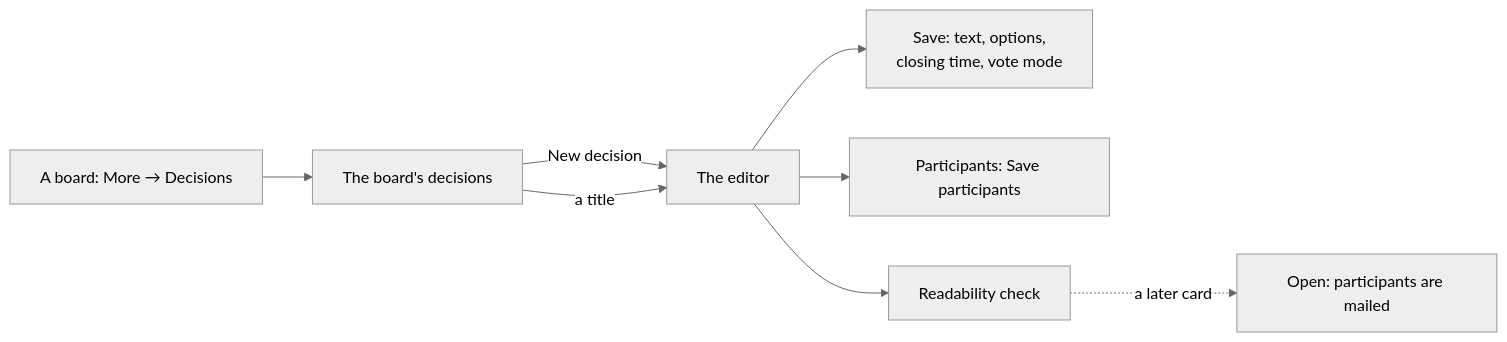
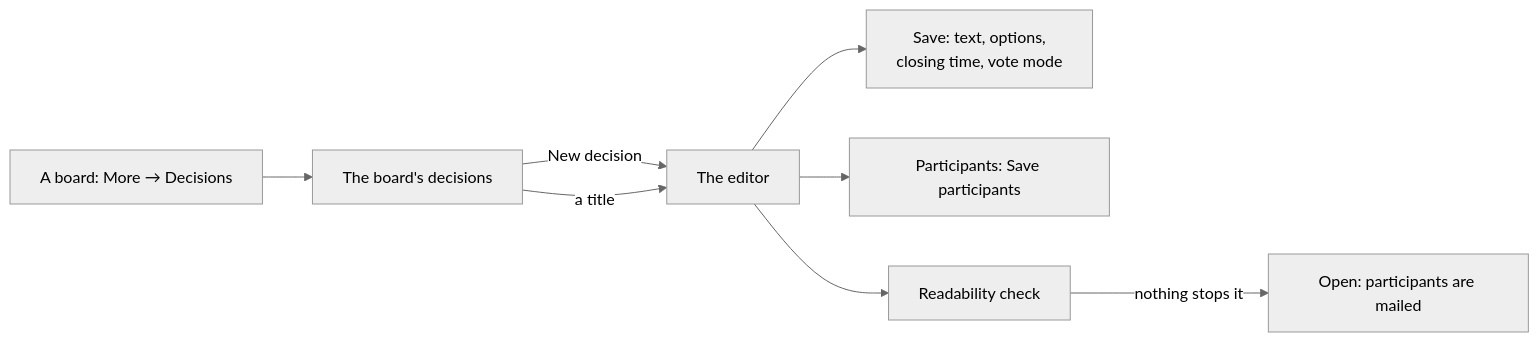
The eighth of 13 diagrams in docs/feature-overview.md (gitBoon/DumpFire), drawn with Mermaid (neutral theme) before and after one commit. The commit also changed other lines of this file and 60 other files, not shown here.

````diff
--- a/docs/feature-overview.md
+++ b/docs/feature-overview.md
@@ -296,10 +297,10 @@
 ```mermaid
 flowchart LR
     Board["A board: More → Decisions"] --> List["The board's decisions"]
     List -->|"New decision"| Editor["The editor"]
     List -->|"a title"| Editor
     Editor --> Save["Save: text, options,<br/>closing time, vote mode"]
     Editor --> People["Participants: Save participants"]
     Editor --> Check["Readability check"]
-    Check -.->|"a later card"| Open["Open: participants are mailed"]
+    Check -->|"nothing stops it"| Open["Open: participants are mailed"]
 ```
````
